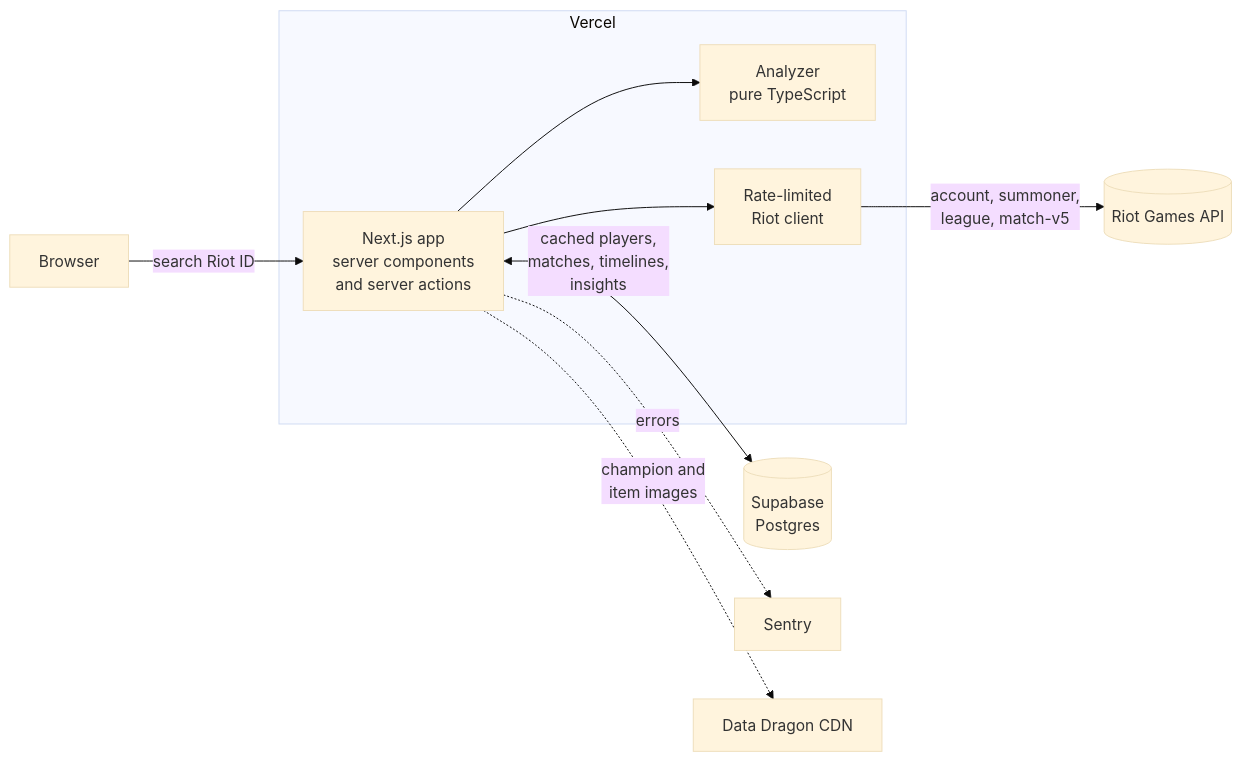
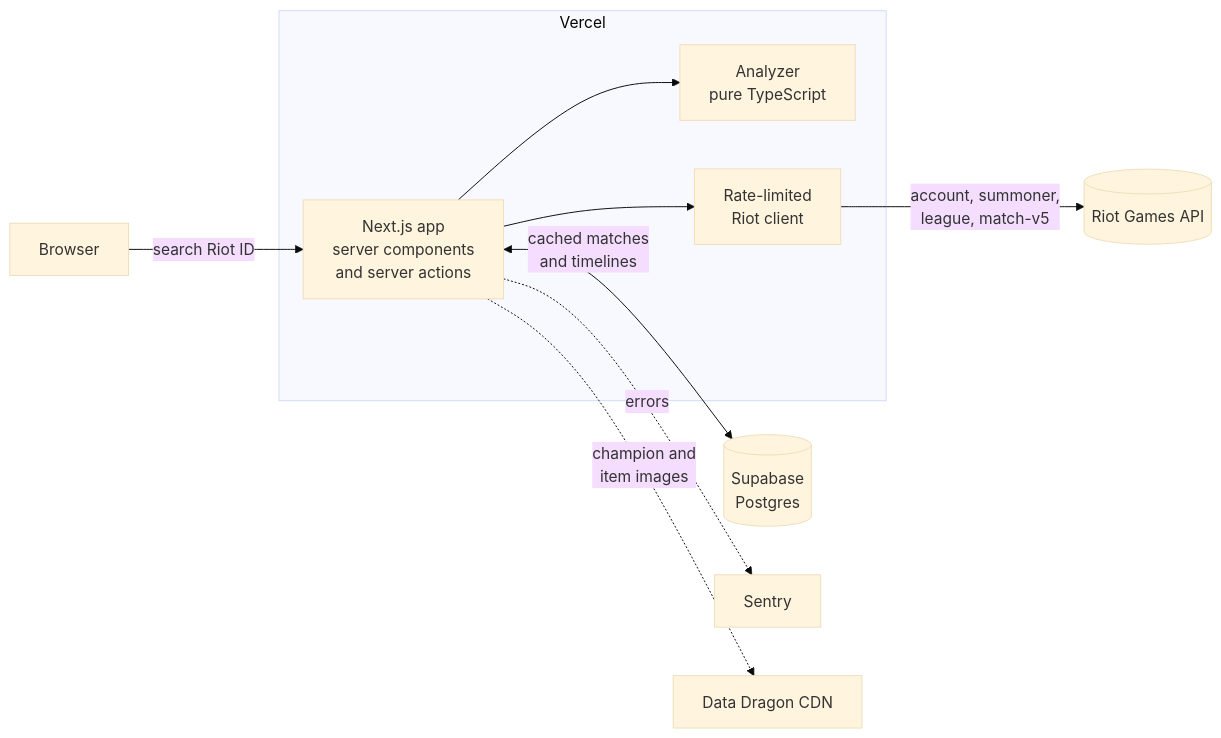
The diagram in README.md (Jaspyplayz/League-Web-App), drawn with Mermaid (base theme) before and after one commit. The commit also changed other lines of this file and 4 other files, not shown here.

````diff
--- a/README.md
+++ b/README.md
@@ -71,17 +72,17 @@
 ```mermaid
 flowchart LR
     U[Browser] -->|search Riot ID| N
 
     subgraph V[Vercel]
         N[Next.js app<br/>server components<br/>and server actions]
         A[Analyzer<br/>pure TypeScript]
         Q[Rate-limited<br/>Riot client]
         N --> A
         N --> Q
     end
 
     Q -->|account, summoner,<br/>league, match-v5| R[(Riot Games API)]
-    N <-->|cached players,<br/>matches, timelines,<br/>insights| DB[(Supabase<br/>Postgres)]
+    N <-->|cached matches<br/>and timelines| DB[(Supabase<br/>Postgres)]
     N -.->|errors| S[Sentry]
     N -.->|champion and<br/>item images| DD[Data Dragon CDN]
 ```
````
